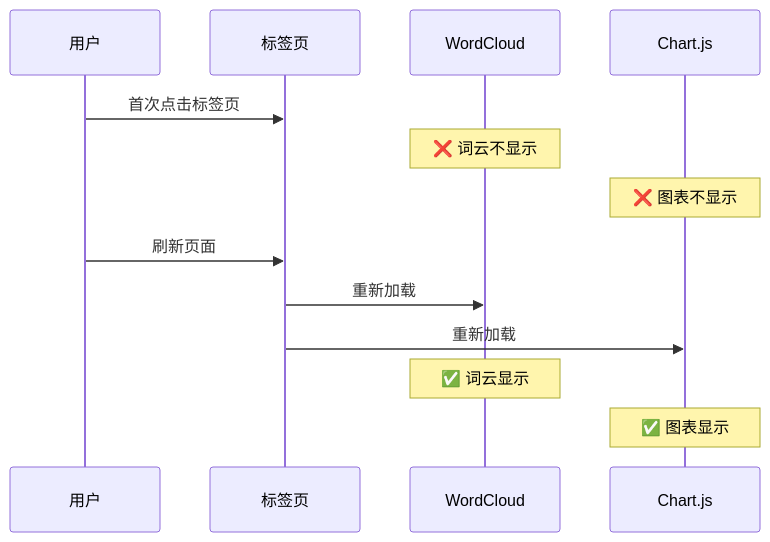
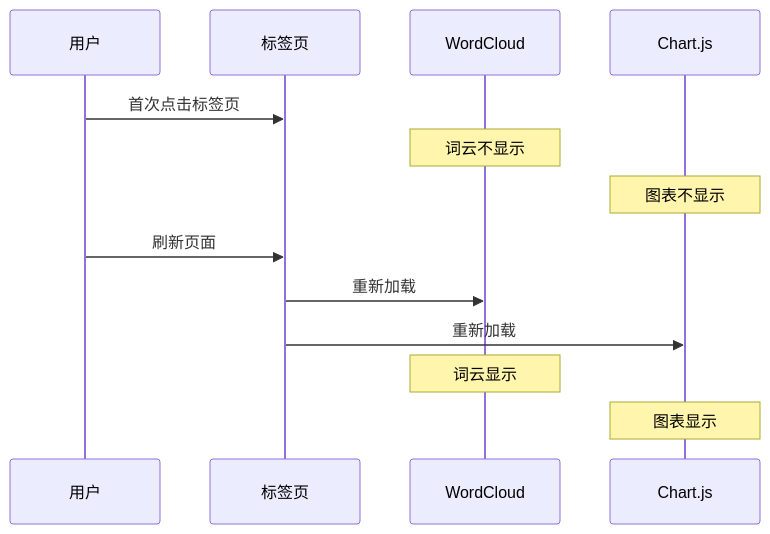
One commit to LogicShao/Misaka-Net-Blog changed the tenth of 17 diagrams in src/content/blog/25-11-25-20-00.md. Above: the diagram before and after it, drawn with Mermaid. The commit also changed other lines of this file and 10 other files, not shown here.

Commit message:
Optimize Mermaid rendering; implement lazy loading and rendering queue to improve performance and prevent blocking

````diff
--- a/src/content/blog/25-11-25-20-00.md
+++ b/src/content/blog/25-11-25-20-00.md
@@ -251,16 +251,16 @@
 ```mermaid
 sequenceDiagram
     participant U as 用户
     participant P as 标签页
     participant W as WordCloud
     participant C as Chart.js
 
     U->>P: 首次点击标签页
-    Note over W: ❌ 词云不显示
-    Note over C: ❌ 图表不显示
+    Note over W: 词云不显示
+    Note over C: 图表不显示
     U->>P: 刷新页面
     P->>W: 重新加载
     P->>C: 重新加载
-    Note over W: ✅ 词云显示
-    Note over C: ✅ 图表显示
+    Note over W: 词云显示
+    Note over C: 图表显示
 ```
````
